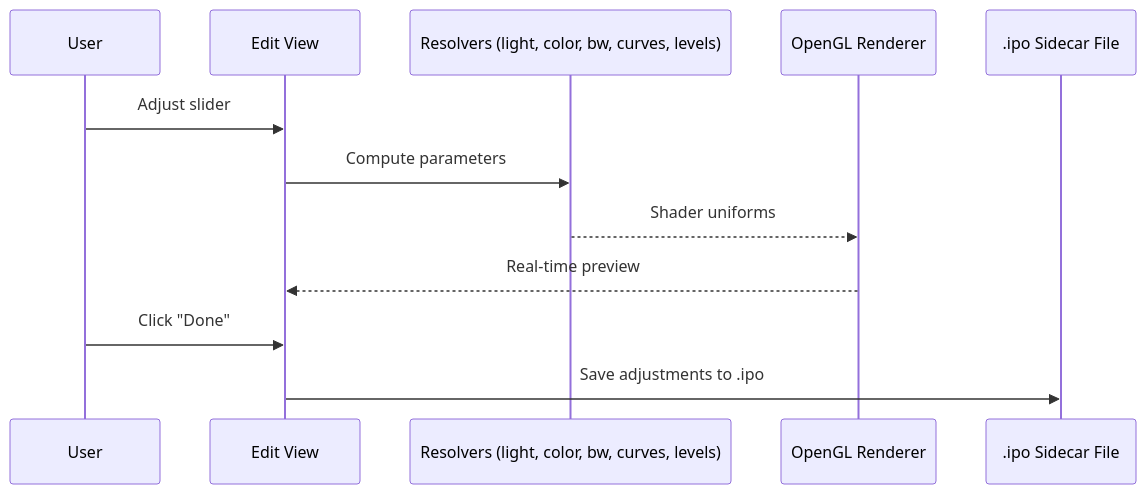
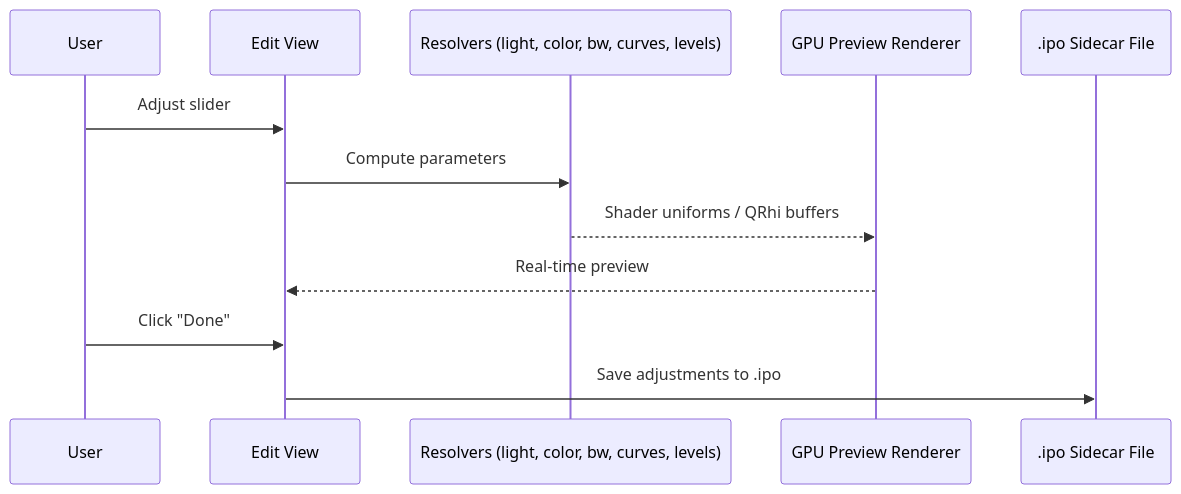
Before and after one commit to OliverZhaohaibin/iPhotron-LocalPhotoAlbumManager: the fourth of 7 diagrams in docs/architecture.md, drawn with Mermaid. The commit also changed other lines of this file and 11 other files, not shown here.

````diff
--- a/docs/architecture.md
+++ b/docs/architecture.md
@@ -192,15 +194,15 @@
 ```mermaid
 sequenceDiagram
     participant User
     participant EditView as Edit View
     participant Resolver as Resolvers (light, color, bw, curves, levels)
-    participant GLRenderer as OpenGL Renderer
+    participant Renderer as GPU Preview Renderer
     participant IPO as .ipo Sidecar File
 
     User->>EditView: Adjust slider
     EditView->>Resolver: Compute parameters
-    Resolver-->>GLRenderer: Shader uniforms
-    GLRenderer-->>EditView: Real-time preview
+    Resolver-->>Renderer: Shader uniforms / QRhi buffers
+    Renderer-->>EditView: Real-time preview
     User->>EditView: Click "Done"
     EditView->>IPO: Save adjustments to .ipo
 ```
````
